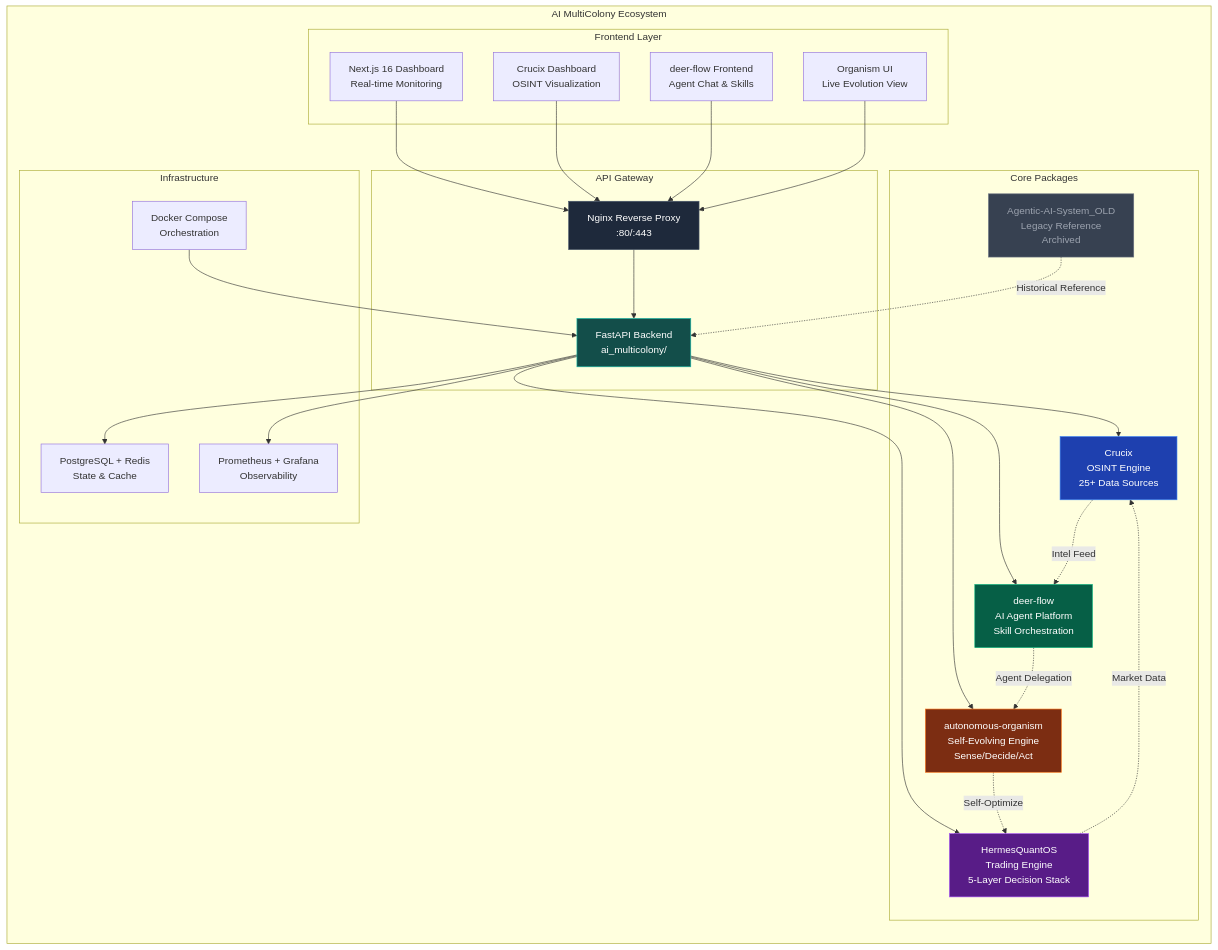
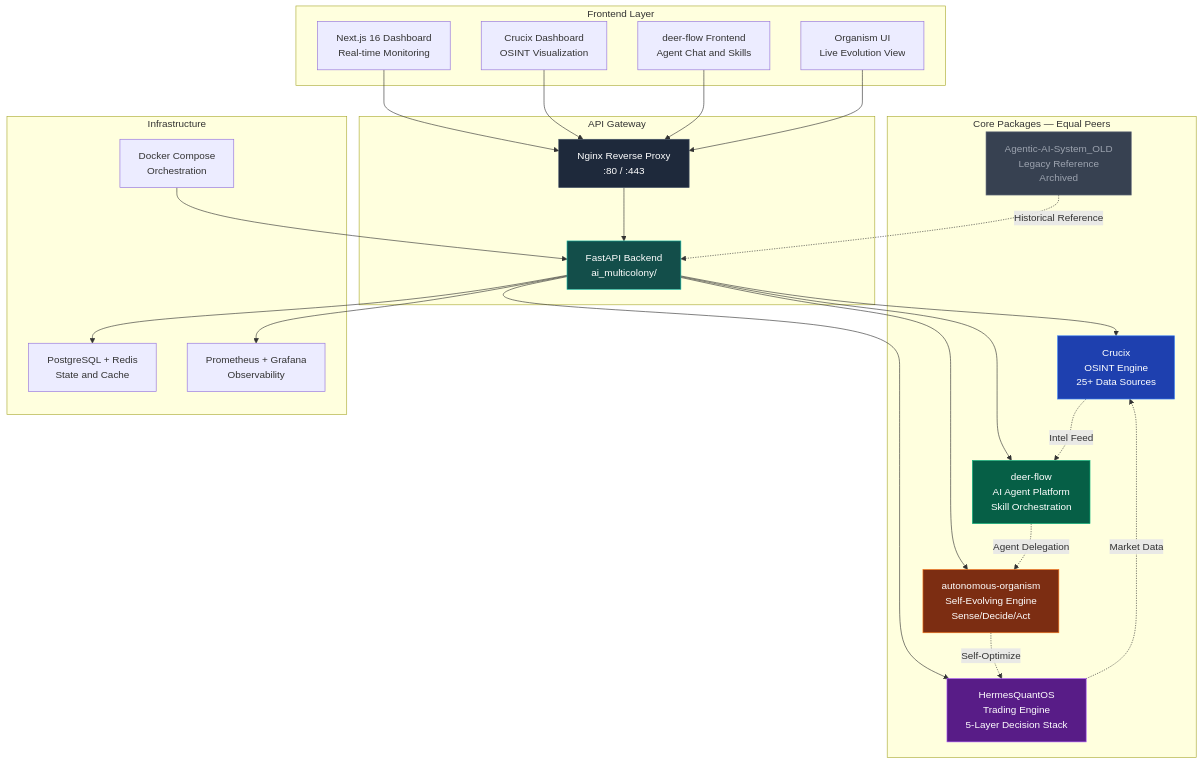
The first of 5 diagrams in README.md (mulkymalikuldhrs/AI-MultiColony-Ecosystem), drawn with Mermaid before and after one commit. The commit also changed other lines of this file and 1 other file, not shown here.

Commit message:
🎨 Upgrade: banner image + fixed Mermaid + animations + flow diagrams

````diff
--- a/README.md
+++ b/README.md
@@ -58,63 +60,59 @@
 ```mermaid
 graph TB
-    subgraph "AI MultiColony Ecosystem"
-        direction TB
+    subgraph Frontend["Frontend Layer"]
+        Dashboard["Next.js 16 Dashboard<br/>Real-time Monitoring"]
+        CrucixUI["Crucix Dashboard<br/>OSINT Visualization"]
+        DeerUI["deer-flow Frontend<br/>Agent Chat and Skills"]
+        OrganismUI["Organism UI<br/>Live Evolution View"]
+    end
 
-        subgraph "Frontend Layer"
-            Dashboard["Next.js 16 Dashboard<br/>Real-time Monitoring"]
-            CrucixUI["Crucix Dashboard<br/>OSINT Visualization"]
-            DeerUI["deer-flow Frontend<br/>Agent Chat & Skills"]
-            OrganismUI["Organism UI<br/>Live Evolution View"]
-        end
+    subgraph Gateway["API Gateway"]
+        Nginx["Nginx Reverse Proxy<br/>:80 / :443"]
+        FastAPI["FastAPI Backend<br/>ai_multicolony/"]
+    end
 
-        subgraph "API Gateway"
-            Nginx["Nginx Reverse Proxy<br/>:80/:443"]
-            FastAPI["FastAPI Backend<br/>ai_multicolony/"]
-        end
+    subgraph Packages["Core Packages — Equal Peers"]
+        Crucix["Crucix<br/>OSINT Engine<br/>25+ Data Sources"]
+        DeerFlow["deer-flow<br/>AI Agent Platform<br/>Skill Orchestration"]
+        Organism["autonomous-organism<br/>Self-Evolving Engine<br/>Sense/Decide/Act"]
+        Hermes["HermesQuantOS<br/>Trading Engine<br/>5-Layer Decision Stack"]
+        Legacy["Agentic-AI-System_OLD<br/>Legacy Reference<br/>Archived"]
+    end
 
-        subgraph "Core Packages"
-            Crucix["Crucix<br/>OSINT Engine<br/>25+ Data Sources"]
-            DeerFlow["deer-flow<br/>AI Agent Platform<br/>Skill Orchestration"]
-            Organism["autonomous-organism<br/>Self-Evolving Engine<br/>Sense/Decide/Act"]
-            Hermes["HermesQuantOS<br/>Trading Engine<br/>5-Layer Decision Stack"]
-            Legacy["Agentic-AI-System_OLD<br/>Legacy Reference<br/>Archived"]
-        end
-
-        subgraph "Infrastructure"
-            Docker["Docker Compose<br/>Orchestration"]
-            DB["PostgreSQL + Redis<br/>State & Cache"]
-            Monitoring["Prometheus + Grafana<br/>Observability"]
-        end
+    subgraph Infra["Infrastructure"]
+        Docker["Docker Compose<br/>Orchestration"]
+        DB["PostgreSQL + Redis<br/>State and Cache"]
+        Monitoring["Prometheus + Grafana<br/>Observability"]
     end
 
     Dashboard --> Nginx
     CrucixUI --> Nginx
     DeerUI --> Nginx
     OrganismUI --> Nginx
 
     Nginx --> FastAPI
 
     FastAPI --> Crucix
     FastAPI --> DeerFlow
     FastAPI --> Organism
     FastAPI --> Hermes
 
     Crucix -.->|"Intel Feed"| DeerFlow
     DeerFlow -.->|"Agent Delegation"| Organism
     Hermes -.->|"Market Data"| Crucix
     Organism -.->|"Self-Optimize"| Hermes
 
     Legacy -.->|"Historical Reference"| FastAPI
 
     FastAPI --> DB
     FastAPI --> Monitoring
     Docker --> FastAPI
 
     style Crucix fill:#1e40af,stroke:#3b82f6,color:#fff
     style DeerFlow fill:#065f46,stroke:#10b981,color:#fff
     style Organism fill:#7c2d12,stroke:#f97316,color:#fff
     style Hermes fill:#581c87,stroke:#a855f7,color:#fff
     style Legacy fill:#374151,stroke:#6b7280,color:#9ca3af
     style FastAPI fill:#134e4a,stroke:#14b8a6,color:#fff
     style Nginx fill:#1e293b,stroke:#475569,color:#fff
 ```
````
